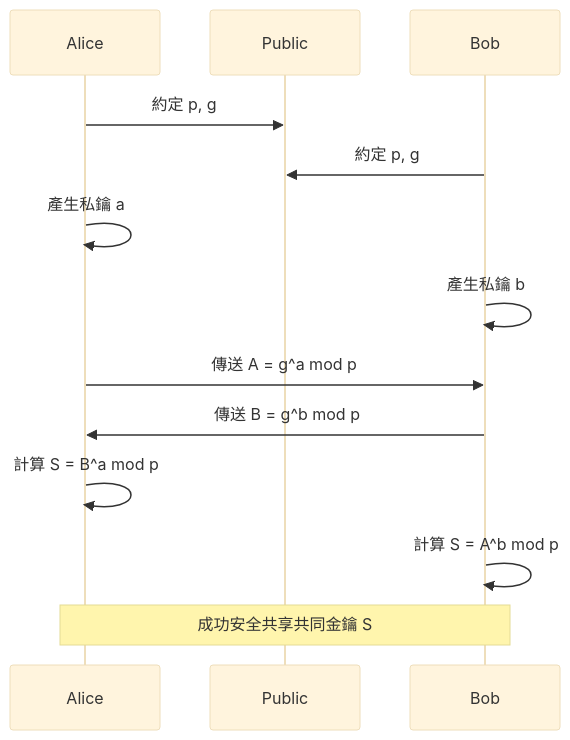
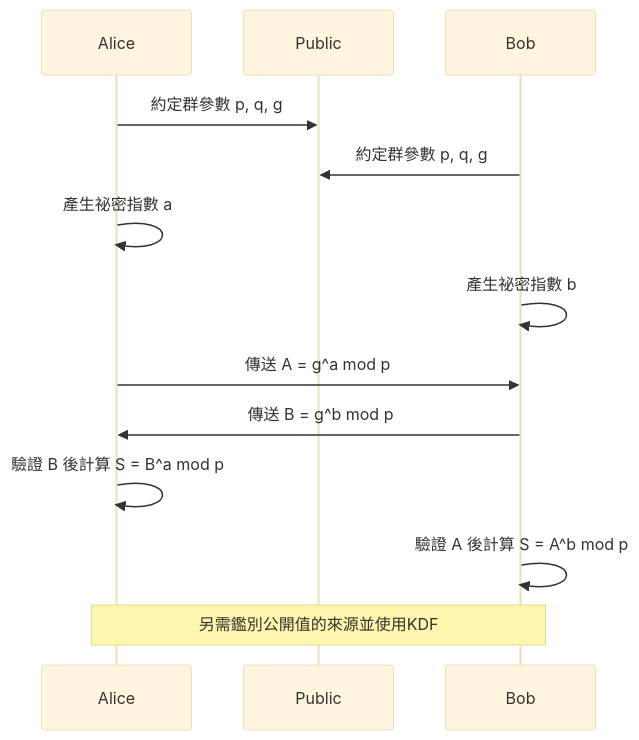
The first of 2 diagrams in content/post/public-key-cryptography-rsa-ecc/index.zh-tw.md (kenjinote/blog), drawn with Mermaid (base theme) before and after one commit. The commit also changed other lines of this file and 5 other files, not shown here.

````diff
--- a/content/post/public-key-cryptography-rsa-ecc/index.zh-tw.md
+++ b/content/post/public-key-cryptography-rsa-ecc/index.zh-tw.md
@@ -38,15 +50,15 @@
 ```mermaid
 sequenceDiagram
     participant Alice
     participant Public
     participant Bob
-    Alice->>Public: 約定 p, g
-    Bob->>Public: 約定 p, g
-    Alice->>Alice: 產生私鑰 a
-    Bob->>Bob: 產生私鑰 b
+    Alice->>Public: 約定群參數 p, q, g
+    Bob->>Public: 約定群參數 p, q, g
+    Alice->>Alice: 產生祕密指數 a
+    Bob->>Bob: 產生祕密指數 b
     Alice->>Bob: 傳送 A = g^a mod p
     Bob->>Alice: 傳送 B = g^b mod p
-    Alice->>Alice: 計算 S = B^a mod p
-    Bob->>Bob: 計算 S = A^b mod p
-    Note over Alice,Bob: 成功安全共享共同金鑰 S
+    Alice->>Alice: 驗證 B 後計算 S = B^a mod p
+    Bob->>Bob: 驗證 A 後計算 S = A^b mod p
+    Note over Alice,Bob: 另需鑑別公開值的來源並使用KDF
 ```
````
